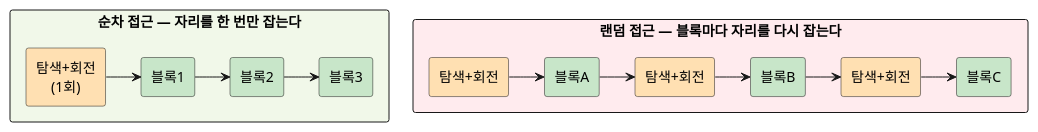
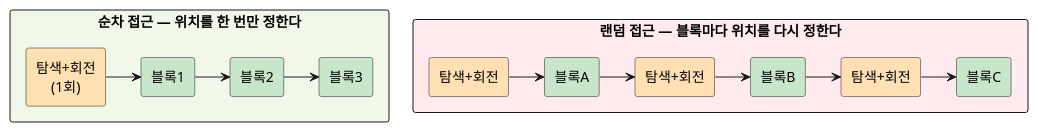
The first of 2 diagrams in blog/2026-09-26-random-access-and-io.mdx (johnycho/johny-dev), drawn with PlantUML before and after one commit. The commit also changed other lines of this file and 21 other files, not shown here.

````diff
--- a/blog/2026-09-26-random-access-and-io.mdx
+++ b/blog/2026-09-26-random-access-and-io.mdx
@@ -43,30 +43,30 @@
 ```plantuml
 @startuml
 skinparam defaultTextAlignment center
 skinparam shadowing false
 
-rectangle "순차 접근 — 자리를 한 번만 잡는다" as SEQ #F1F8E9 {
+rectangle "순차 접근 — 위치를 한 번만 정한다" as SEQ #F1F8E9 {
   rectangle "탐색+회전\n(1회)" as s0 #FFE0B2
   rectangle "블록1" as b1 #C8E6C9
   rectangle "블록2" as b2 #C8E6C9
   rectangle "블록3" as b3 #C8E6C9
   s0 -right-> b1
   b1 -right-> b2
   b2 -right-> b3
 }
 
-rectangle "랜덤 접근 — 블록마다 자리를 다시 잡는다" as RND #FFEBEE {
+rectangle "랜덤 접근 — 블록마다 위치를 다시 정한다" as RND #FFEBEE {
   rectangle "탐색+회전" as r1 #FFE0B2
   rectangle "블록A" as a1 #C8E6C9
   rectangle "탐색+회전" as r2 #FFE0B2
   rectangle "블록B" as a2 #C8E6C9
   rectangle "탐색+회전" as r3 #FFE0B2
   rectangle "블록C" as a3 #C8E6C9
   r1 -right-> a1
   a1 -right-> r2
   r2 -right-> a2
   a2 -right-> r3
   r3 -right-> a3
 }
 @enduml
 ```
````
